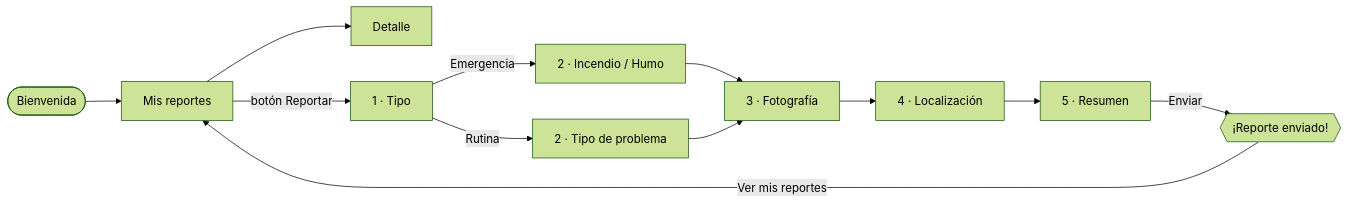
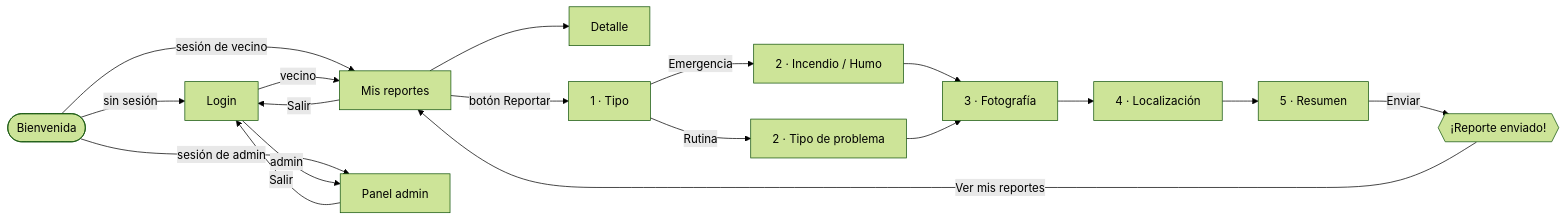
The first of 2 diagrams in README.md (nicosnz/reporta-ciudad), drawn with Mermaid (forest theme) before and after one commit. The commit also changed other lines of this file, not shown here.

Commit message:
docs: README con el login, el recurso usuarios y sus límites

````diff
--- a/README.md
+++ b/README.md
@@ -92,14 +93,20 @@
 ```mermaid
 flowchart LR
-    A([Bienvenida]) --> B[Mis reportes]
+    A([Bienvenida]) -- sin sesión --> L[Login]
+    A -- sesión de vecino --> B[Mis reportes]
+    A -- sesión de admin --> AD[Panel admin]
+    L -- vecino --> B
+    L -- admin --> AD
+    B -- Salir --> L
+    AD -- Salir --> L
     B --> C[Detalle]
     B -- botón Reportar --> P1[1 · Tipo]
     P1 -- Emergencia --> P2E[2 · Incendio / Humo]
     P1 -- Rutina --> P2R[2 · Tipo de problema]
     P2E --> P3[3 · Fotografía]
     P2R --> P3
     P3 --> P4[4 · Localización]
     P4 --> P5[5 · Resumen]
     P5 -- Enviar --> M{{¡Reporte enviado!}}
     M -- Ver mis reportes --> B
 ```
````
